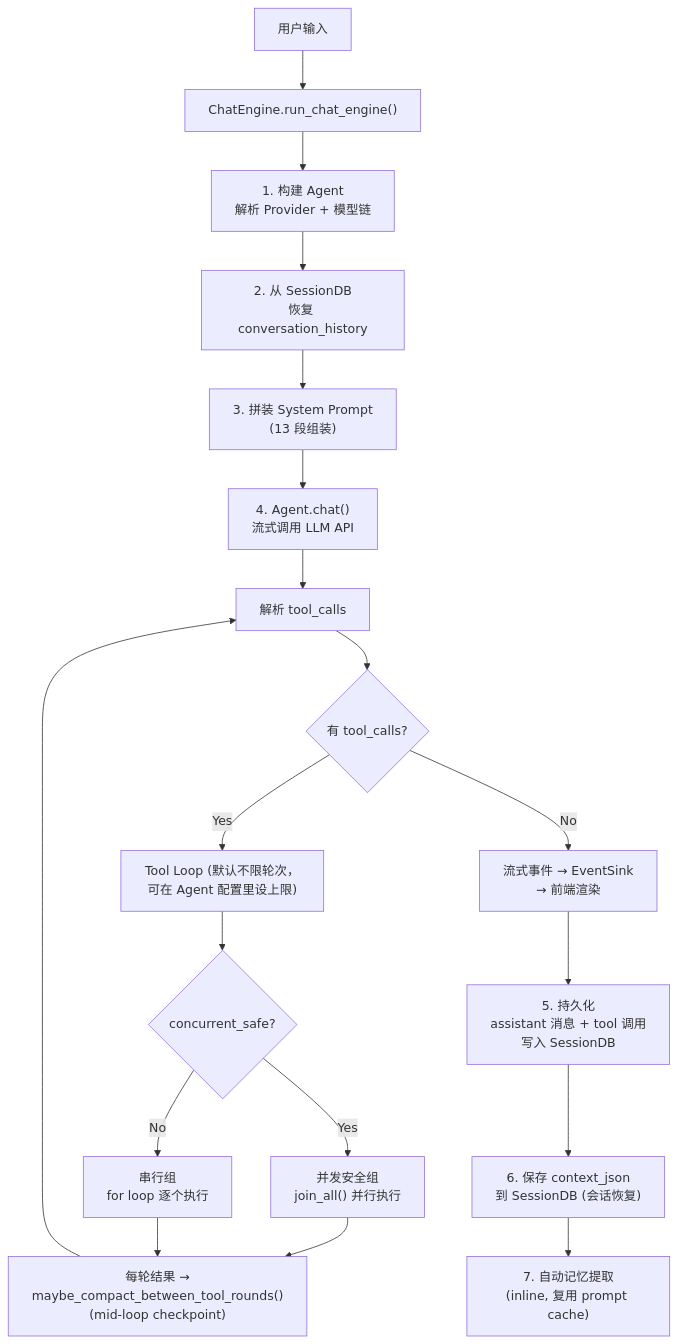
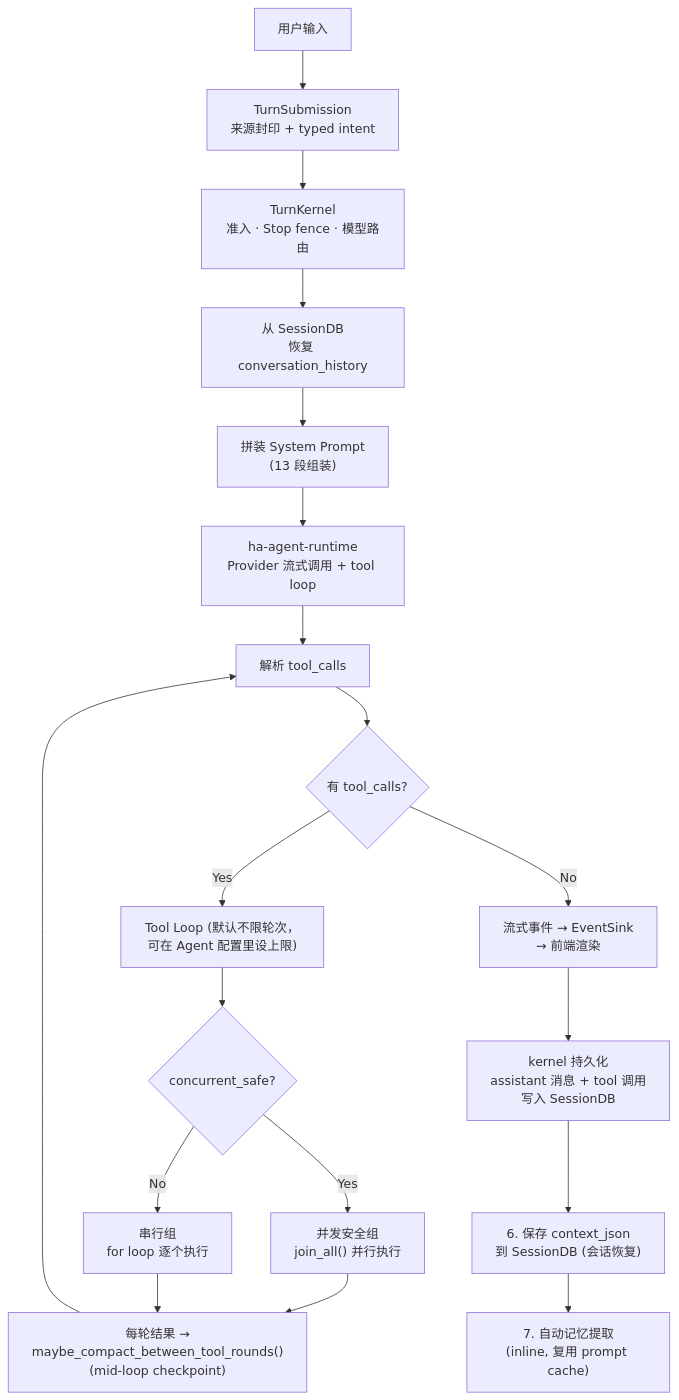
Before and after one commit to shiwenwen/hope-agent: the second of 4 diagrams in docs/architecture/overview.md, drawn with Mermaid. The commit also changed 230 other files, not shown here.

Commit message:
🦭 refactor: converge agent kernel and execution runtimes

````diff
--- a/docs/architecture/overview.md
+++ b/docs/architecture/overview.md
@@ -86,24 +86,24 @@
 ```mermaid
 flowchart TD
-    A["用户输入"] --> B["ChatEngine.run_chat_engine()"]
-    B --> C["1. 构建 Agent<br/>解析 Provider + 模型链"]
-    C --> D["2. 从 SessionDB<br/>恢复 conversation_history"]
-    D --> E["3. 拼装 System Prompt<br/>(13 段组装)"]
-    E --> F["4. Agent.chat()<br/>流式调用 LLM API"]
+    A["用户输入"] --> B["TurnSubmission<br/>来源封印 + typed intent"]
+    B --> C["TurnKernel<br/>准入 · Stop fence · 模型路由"]
+    C --> D["从 SessionDB<br/>恢复 conversation_history"]
+    D --> E["拼装 System Prompt<br/>(13 段组装)"]
+    E --> F["ha-agent-runtime<br/>Provider 流式调用 + tool loop"]
 
     F --> G["解析 tool_calls"]
     G --> H{"有 tool_calls?"}
     H -- Yes --> I["Tool Loop (默认不限轮次，可在 Agent 配置里设上限)"]
     I --> J{"concurrent_safe?"}
     J -- Yes --> K["并发安全组<br/>join_all() 并行执行"]
     J -- No --> L["串行组<br/>for loop 逐个执行"]
     K --> M["每轮结果 →<br/>maybe_compact_between_tool_rounds()<br/>(mid-loop checkpoint)"]
     L --> M
     M --> G
 
     H -- No --> N["流式事件 → EventSink<br/>→ 前端渲染"]
-    N --> O["5. 持久化<br/>assistant 消息 + tool 调用<br/>写入 SessionDB"]
+    N --> O["kernel 持久化<br/>assistant 消息 + tool 调用<br/>写入 SessionDB"]
     O --> P["6. 保存 context_json<br/>到 SessionDB (会话恢复)"]
     P --> Q["7. 自动记忆提取<br/>(inline, 复用 prompt cache)"]
 
 ```
````
